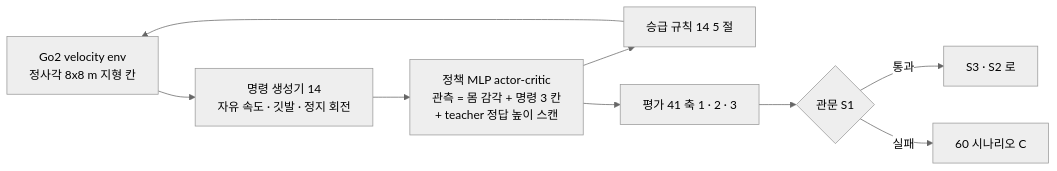
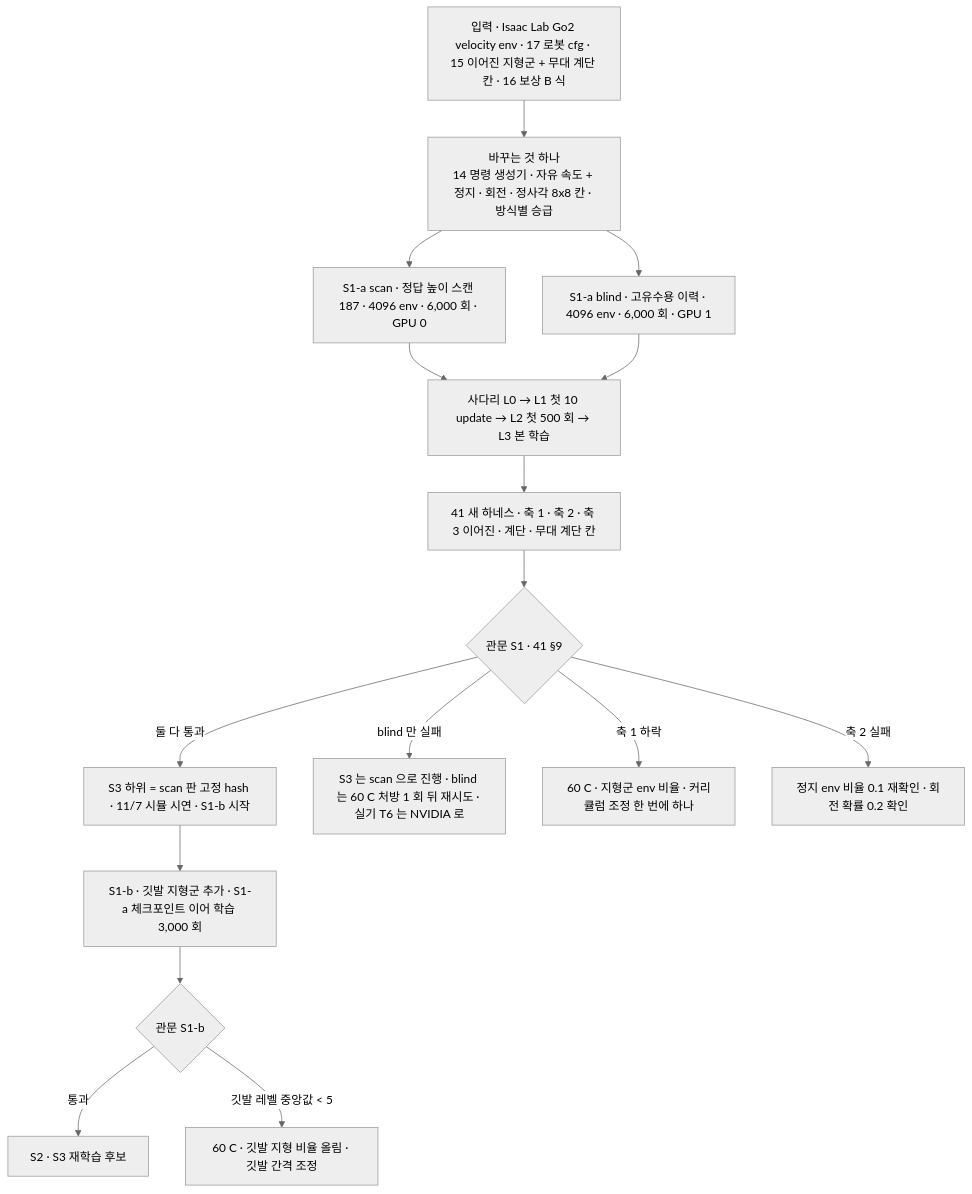
Before and after one commit to foothold-project/foothold-lab: the diagram in inbox/jay/20261019-design/52-S1-OPEN-COMMAND.md, drawn with Mermaid (neutral theme). The commit also changed other lines of this file and 25 other files, not shown here.

````diff
--- a/inbox/jay/20261019-design/52-S1-OPEN-COMMAND.md
+++ b/inbox/jay/20261019-design/52-S1-OPEN-COMMAND.md
@@ -9,11 +15,18 @@
 ```mermaid
-flowchart LR
-  ENV[Go2 velocity env<br/>정사각 8x8 m 지형 칸] --> GEN[명령 생성기 14<br/>자유 속도 · 깃발 · 정지 회전]
-  GEN --> POL[정책 MLP actor-critic<br/>관측 = 몸 감각 + 명령 3 칸<br/>+ teacher 정답 높이 스캔]
-  POL --> CUR[승급 규칙 14 5 절]
-  CUR --> ENV
-  POL --> EV[평가 41 축 1 · 2 · 3]
-  EV --> G{관문 S1}
-  G -->|통과| S3[S3 · S2 로]
-  G -->|실패| B[60 시나리오 C]
+flowchart TB
+  IN[입력 · Isaac Lab Go2 velocity env · 17 로봇 cfg · 15 이어진 지형군 + 무대 계단 칸 · 16 보상 B 식] --> CH[바꾸는 것 하나<br/>14 명령 생성기 · 자유 속도 + 정지 · 회전 · 정사각 8x8 칸 · 방식별 승급]
+  CH --> V1[S1-a scan · 정답 높이 스캔 187 · 4096 env · 6,000 회 · GPU 0]
+  CH --> V2[S1-a blind · 고유수용 이력 · 4096 env · 6,000 회 · GPU 1]
+  V1 --> L[사다리 L0 → L1 첫 10 update → L2 첫 500 회 → L3 본 학습]
+  V2 --> L
+  L --> EV[41 새 하네스 · 축 1 · 축 2 · 축 3 이어진 · 계단 · 무대 계단 칸]
+  EV --> G{관문 S1 · 41 §9}
+  G -->|둘 다 통과| N1[S3 하위 = scan 판 고정 hash · 11/7 시뮬 시연 · S1-b 시작]
+  G -->|blind 만 실패| N2[S3 는 scan 으로 진행 · blind 는 60 C 처방 1 회 뒤 재시도 · 실기 T6 는 NVIDIA 로]
+  G -->|축 1 하락| C[60 C · 지형군 env 비율 · 커리큘럼 조정 한 번에 하나]
+  G -->|축 2 실패| C2[정지 env 비율 0.1 재확인 · 회전 확률 0.2 확인]
+  N1 --> B[S1-b · 깃발 지형군 추가 · S1-a 체크포인트 이어 학습 3,000 회]
+  B --> GB{관문 S1-b}
+  GB -->|통과| S2[S2 · S3 재학습 후보]
+  GB -->|깃발 레벨 중앙값 < 5| CB[60 C · 깃발 지형 비율 올림 · 깃발 간격 조정]
 ```
````
